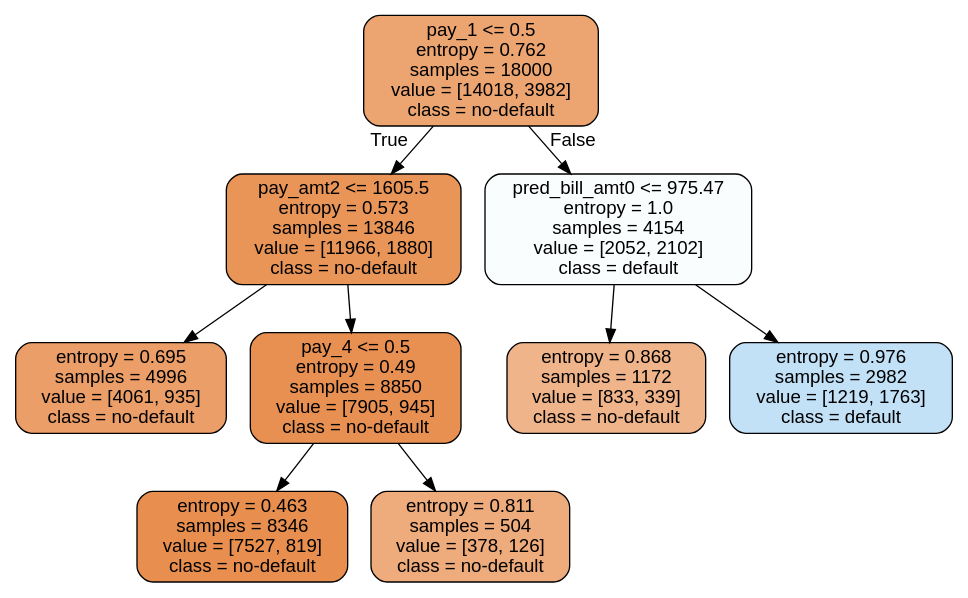
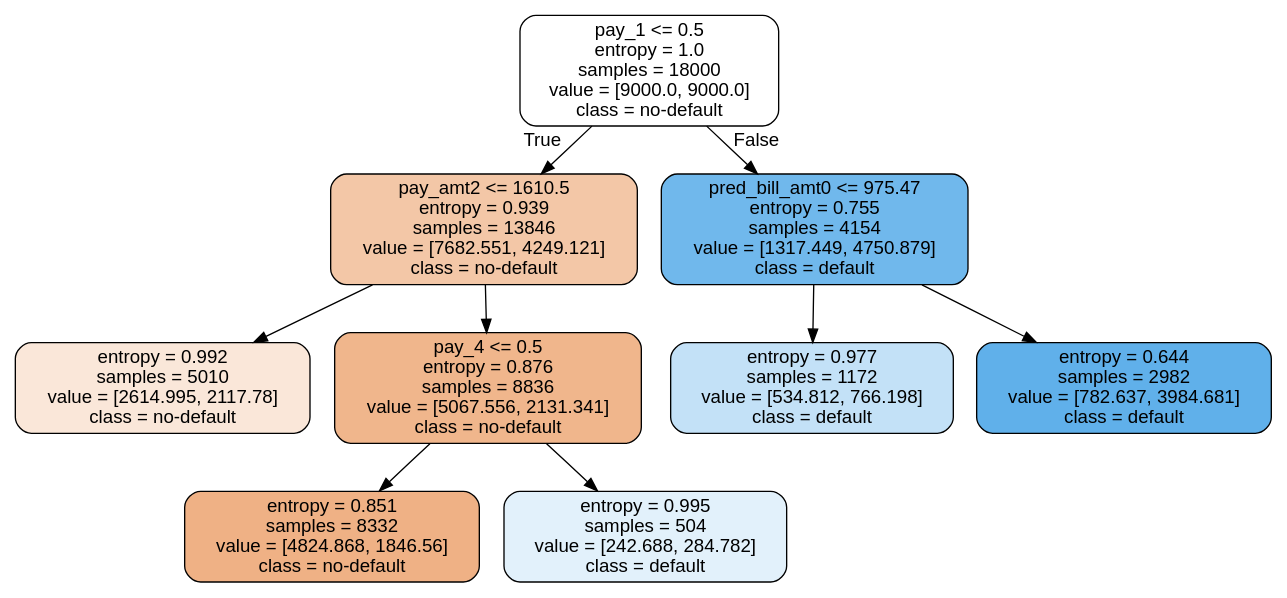
Before and after one commit to thomasXwang/UCI-Credit-card-defaults: the diagram in tree_credit_default_featureEngineered.dot, drawn with Graphviz. The commit also changed 2 other files, not shown here.

```diff
--- a/tree_credit_default_featureEngineered.dot
+++ b/tree_credit_default_featureEngineered.dot
@@ -1,21 +1,21 @@
 digraph Tree {
 node [shape=box, style="filled, rounded", color="black", fontname=helvetica] ;
 edge [fontname=helvetica] ;
-0 [label="pay_1 <= 0.5\nentropy = 0.762\nsamples = 18000\nvalue = [14018, 3982]\nclass = no-default", fillcolor="#eca571"] ;
-1 [label="pay_amt2 <= 1605.5\nentropy = 0.573\nsamples = 13846\nvalue = [11966, 1880]\nclass = no-default", fillcolor="#e99558"] ;
+0 [label="pay_1 <= 0.5\nentropy = 1.0\nsamples = 18000\nvalue = [9000.0, 9000.0]\nclass = no-default", fillcolor="#ffffff"] ;
+1 [label="pay_amt2 <= 1610.5\nentropy = 0.939\nsamples = 13846\nvalue = [7682.551, 4249.121]\nclass = no-default", fillcolor="#f3c7a7"] ;
 0 -> 1 [labeldistance=2.5, labelangle=45, headlabel="True"] ;
-5 [label="entropy = 0.695\nsamples = 4996\nvalue = [4061, 935]\nclass = no-default", fillcolor="#eb9e67"] ;
+5 [label="entropy = 0.992\nsamples = 5010\nvalue = [2614.995, 2117.78]\nclass = no-default", fillcolor="#fae7d9"] ;
 1 -> 5 ;
-6 [label="pay_4 <= 0.5\nentropy = 0.49\nsamples = 8850\nvalue = [7905, 945]\nclass = no-default", fillcolor="#e89051"] ;
+6 [label="pay_4 <= 0.5\nentropy = 0.876\nsamples = 8836\nvalue = [5067.556, 2131.341]\nclass = no-default", fillcolor="#f0b68c"] ;
 1 -> 6 ;
-7 [label="entropy = 0.463\nsamples = 8346\nvalue = [7527, 819]\nclass = no-default", fillcolor="#e88f4f"] ;
+7 [label="entropy = 0.851\nsamples = 8332\nvalue = [4824.868, 1846.56]\nclass = no-default", fillcolor="#efb185"] ;
 6 -> 7 ;
-8 [label="entropy = 0.811\nsamples = 504\nvalue = [378, 126]\nclass = no-default", fillcolor="#eeab7b"] ;
+8 [label="entropy = 0.995\nsamples = 504\nvalue = [242.688, 284.782]\nclass = default", fillcolor="#e2f1fb"] ;
 6 -> 8 ;
-2 [label="pred_bill_amt0 <= 975.47\nentropy = 1.0\nsamples = 4154\nvalue = [2052, 2102]\nclass = default", fillcolor="#fafdfe"] ;
+2 [label="pred_bill_amt0 <= 975.47\nentropy = 0.755\nsamples = 4154\nvalue = [1317.449, 4750.879]\nclass = default", fillcolor="#70b8ec"] ;
 0 -> 2 [labeldistance=2.5, labelangle=-45, headlabel="False"] ;
-3 [label="entropy = 0.868\nsamples = 1172\nvalue = [833, 339]\nclass = no-default", fillcolor="#f0b48a"] ;
+3 [label="entropy = 0.977\nsamples = 1172\nvalue = [534.812, 766.198]\nclass = default", fillcolor="#c3e1f7"] ;
 2 -> 3 ;
-4 [label="entropy = 0.976\nsamples = 2982\nvalue = [1219, 1763]\nclass = default", fillcolor="#c2e1f7"] ;
+4 [label="entropy = 0.644\nsamples = 2982\nvalue = [782.637, 3984.681]\nclass = default", fillcolor="#60b0ea"] ;
 2 -> 4 ;
 }
```
